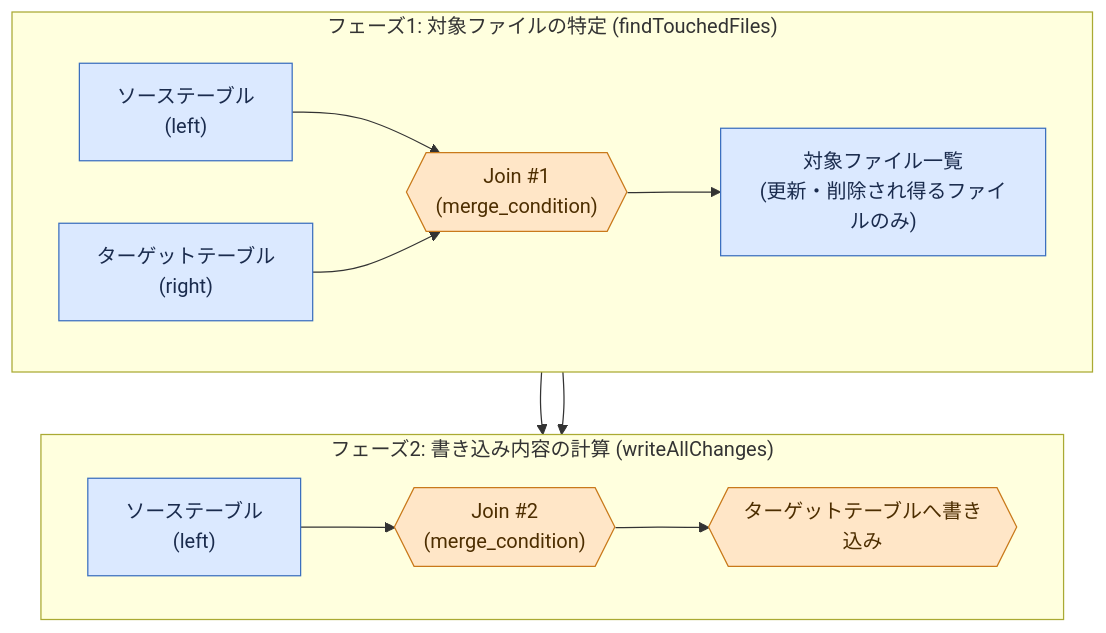
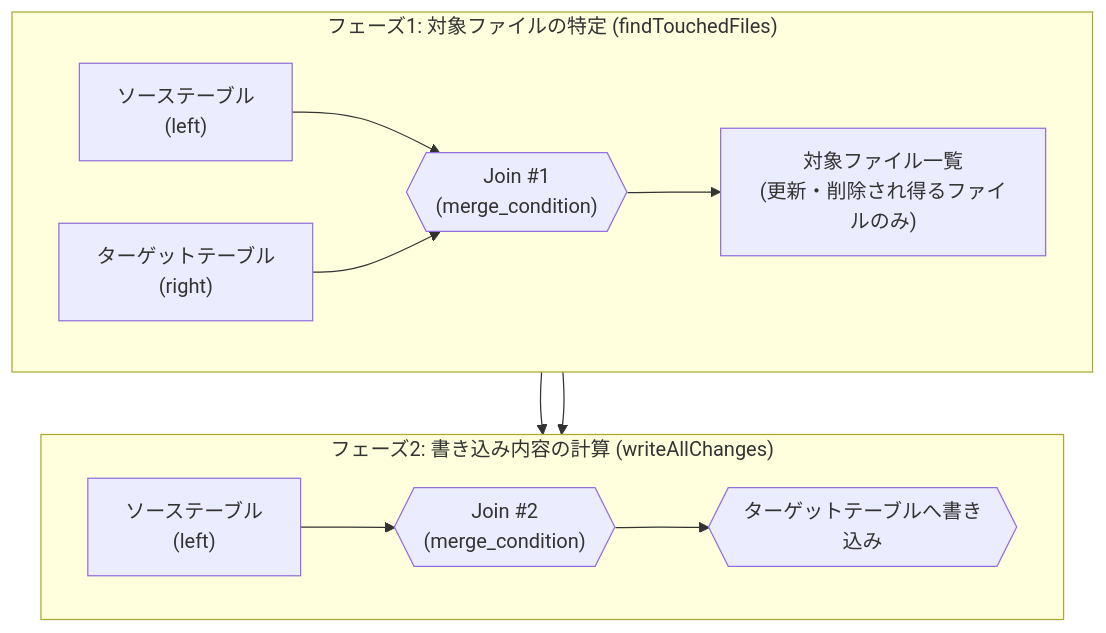
Before and after one commit to NEK0128/zenn: the first of 2 diagrams in articles/delta-lake-merge-into-internals-and-clustering.md, drawn with Mermaid.

Commit message:
記事修正: Mermaid図の色分けを削除し形状のみで区別する

````diff
--- a/articles/delta-lake-merge-into-internals-and-clustering.md
+++ b/articles/delta-lake-merge-into-internals-and-clustering.md
@@ -89,26 +89,21 @@
 ```mermaid
 flowchart TB
     subgraph P1["フェーズ1: 対象ファイルの特定 (findTouchedFiles)"]
         direction LR
         S1["ソーステーブル\n(left)"]
         T1["ターゲットテーブル\n(right)"]
         S1 --> J1{{"Join #1\n(merge_condition)"}}
         T1 --> J1
         J1 --> F1["対象ファイル一覧\n(更新・削除され得るファイルのみ)"]
     end
 
     subgraph P2["フェーズ2: 書き込み内容の計算 (writeAllChanges)"]
         direction LR
         S2["ソーステーブル\n(left)"]
         F1 --> J2{{"Join #2\n(merge_condition)"}}
         S2 --> J2
         J2 --> W{{"ターゲットテーブルへ書き込み"}}
     end
 
     P1 --> P2
-
-    classDef dataNode fill:#dbe9ff,stroke:#3b6fbf,color:#1a2b4d
-    classDef processNode fill:#ffe6c7,stroke:#c9791a,color:#4d2e00
-    class S1,T1,F1,S2 dataNode
-    class J1,J2,W processNode
 ```
````
